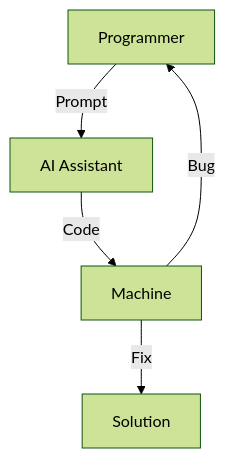
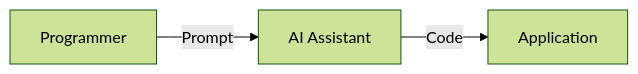
Before and after one commit to yueguoguo/yueguoguo.github.io: the diagram in _posts/2024-09-15-ai-tool.md, drawn with Mermaid (forest theme). The commit also changed other lines of this file, not shown here.

```diff
--- a/_posts/2024-09-15-ai-tool.md
+++ b/_posts/2024-09-15-ai-tool.md
@@ -178,7 +201,5 @@
 <div class="mermaid">
-graph TD
+graph LR 
     A[Programmer] -->|"Prompt"| B[AI Assistant]
-    B -->|"Code"| C[Machine]
-    C -->|"Bug"| A
-    C -->|"Fix"| E[Solution]
+    B -->|"Code"| C[Application]
 </div>
```
